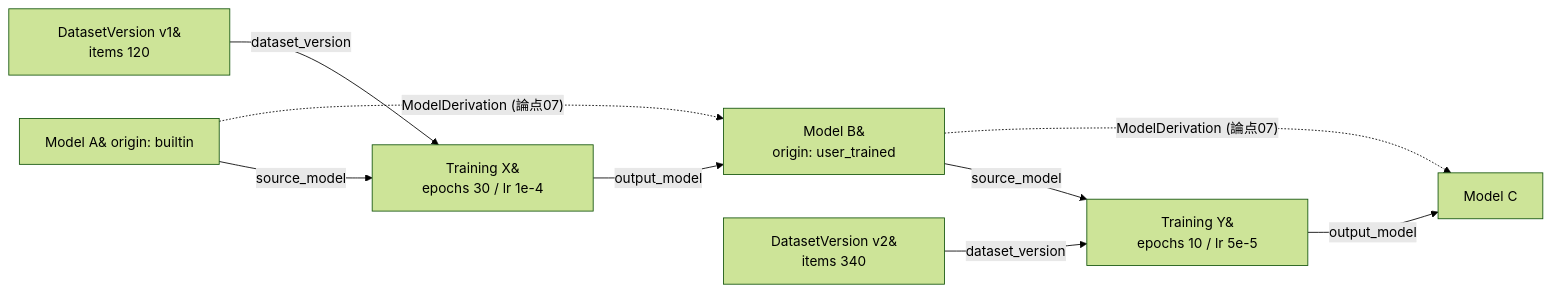
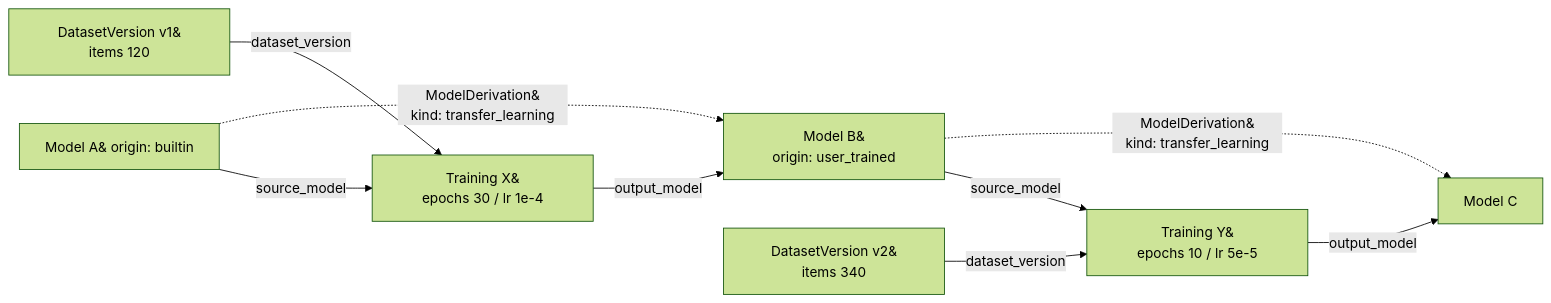
The second of 2 diagrams in docs/design/01-conceptual-er-model.md (Tosei-sudo/browser-ai-framework), drawn with Mermaid (forest theme) before and after one commit. The commit also changed other lines of this file and 1 other file, not shown here.

````diff
--- a/docs/design/01-conceptual-er-model.md
+++ b/docs/design/01-conceptual-er-model.md
@@ -433,20 +536,20 @@
 ```mermaid
 flowchart LR
   A["Model A&#10;origin: builtin"]
   T1["Training X&#10;epochs 30 / lr 1e-4"]
   B["Model B&#10;origin: user_trained"]
   T2["Training Y&#10;epochs 10 / lr 5e-5"]
   C["Model C"]
   DV1["DatasetVersion v1&#10;items 120"]
   DV2["DatasetVersion v2&#10;items 340"]
 
   A -->|source_model| T1
   DV1 -->|dataset_version| T1
   T1 -->|output_model| B
   B -->|source_model| T2
   DV2 -->|dataset_version| T2
   T2 -->|output_model| C
 
-  A -.->|"ModelDerivation (論点07)"| B
-  B -.->|"ModelDerivation (論点07)"| C
+  A -.->|"ModelDerivation&#10;kind: transfer_learning"| B
+  B -.->|"ModelDerivation&#10;kind: transfer_learning"| C
 ```
````
